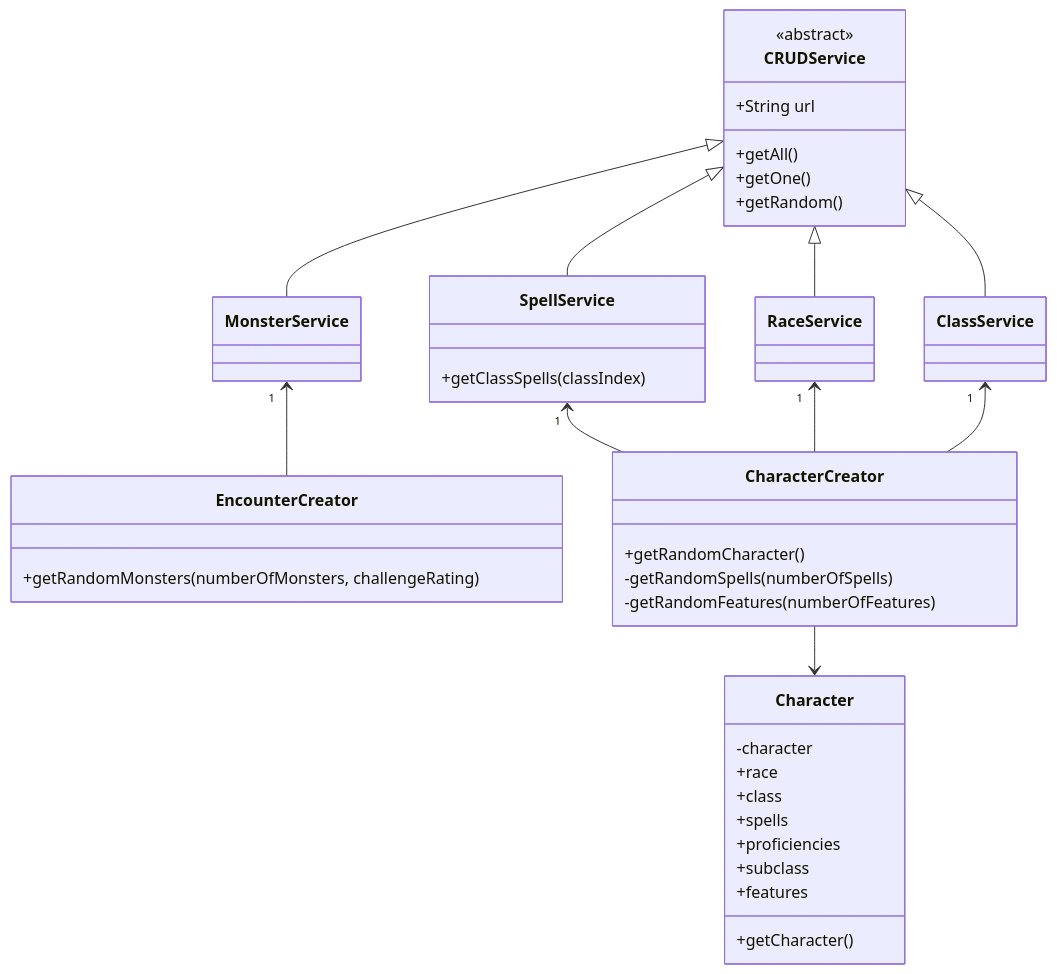
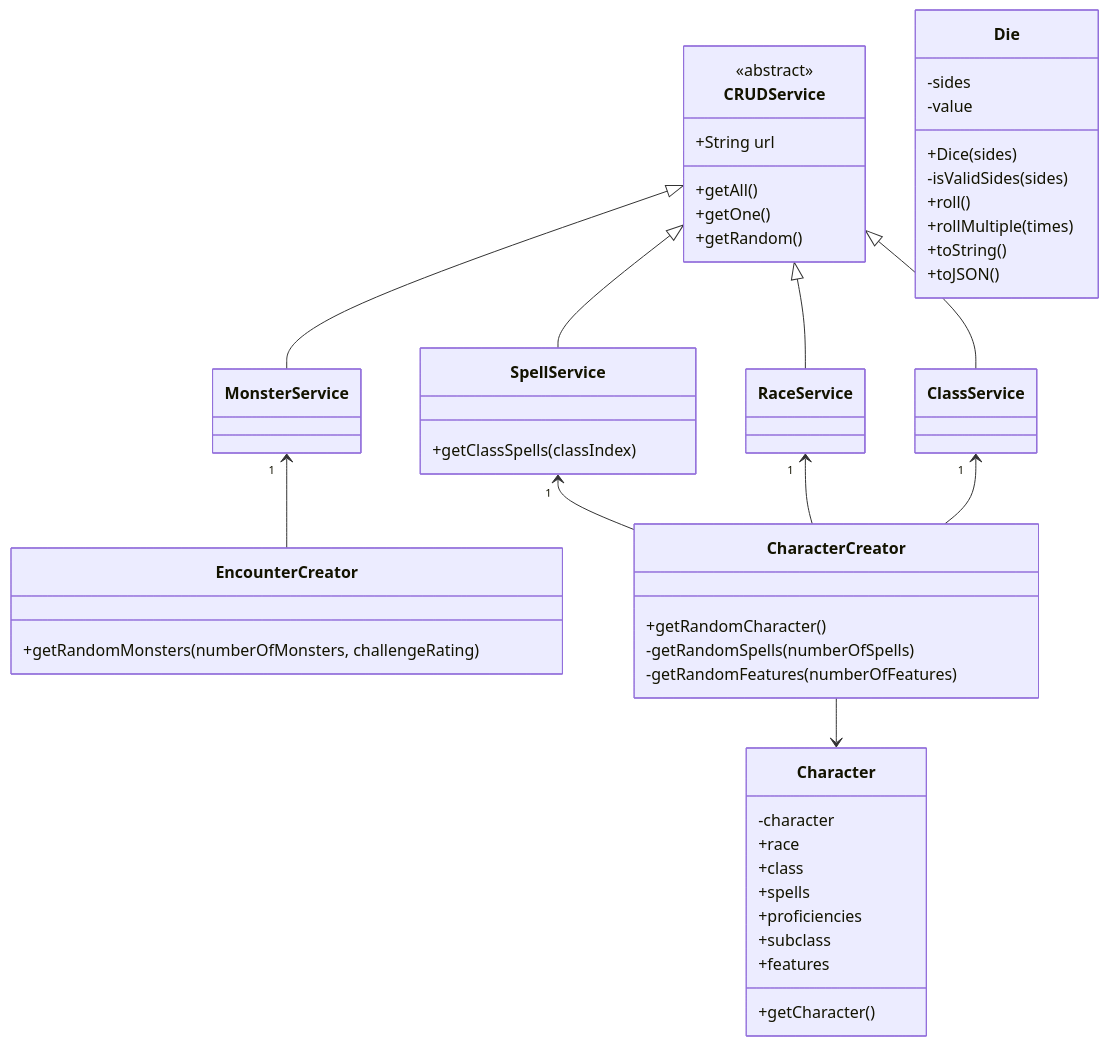
The diagram in README.md (wachtelhund/1dv61-_lab2), drawn with Mermaid before and after one commit. The commit also changed 3 other files, not shown here.

````diff
--- a/README.md
+++ b/README.md
@@ -30,47 +30,58 @@
 ```mermaid
     classDiagram
         CRUDService <|-- MonsterService
         CRUDService <|-- ClassService
         CRUDService <|-- RaceService
         CRUDService <|-- SpellService
 
         MonsterService"1"<--EncounterCreator
         SpellService"1"<--CharacterCreator
         RaceService"1"<--CharacterCreator
         ClassService"1"<--CharacterCreator
         CharacterCreator-->Character
 
 
         class CRUDService{
             <<abstract>>
             +String url
             +getAll()
             +getOne()
             +getRandom()
         }
 
         class Character{
             -character
             +race
             +class
             +spells
             +proficiencies
             +subclass
             +features
             +getCharacter()
         }
 
+        class Die{
+            -sides
+            -value
+            +Dice(sides)
+            -isValidSides(sides)
+            +roll()
+            +rollMultiple(times)
+            +toString()
+            +toJSON()
+        }
+
         class SpellService{
             +getClassSpells(classIndex)
         }
 
         class EncounterCreator{
             +getRandomMonsters(numberOfMonsters, challengeRating)
         }
 
         class CharacterCreator{
             +getRandomCharacter()
             -getRandomSpells(numberOfSpells)
             -getRandomFeatures(numberOfFeatures)
         }
 ```
````
